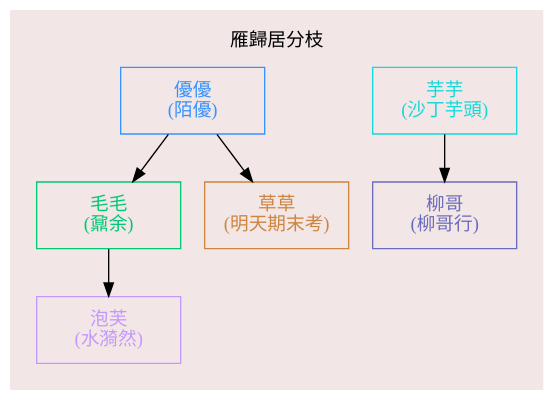
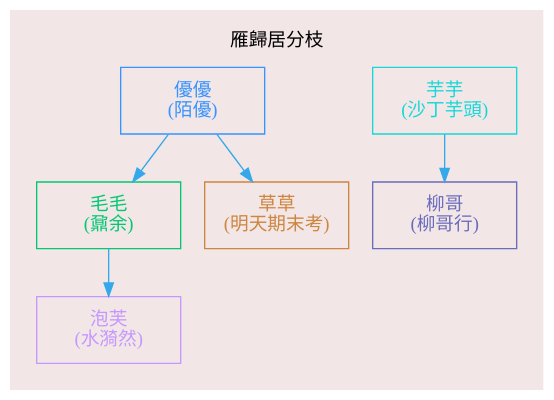
Before and after one commit to necro-wbj/-: the second of 4 diagrams in README.md, drawn with Graphviz. The commit also changed other lines of this file and 1 other file, not shown here.

````diff
--- a/README.md
+++ b/README.md
@@ -61,25 +64,26 @@
 ```dot
 digraph{
     labelloc="t";
     node[fontname="微軟正黑體",shape=box,fixedsize=true,height=0.7,width=1.5];
     bgcolor="#F2E6E6";
+    edge [color = "#34a8eb"];
     color="#F2E6E6";
        subgraph cluster{
         芋頭[label="芋芋\n(沙丁芋頭)",color="#16D8D8",fontcolor="#16D8D8"];
         柳哥[label="柳哥\n(柳哥行)",color="#6A6CBD",fontcolor="#6A6CBD"];
         芋頭->柳哥
    }
     subgraph cluster{
         label=雁歸居分枝
         bgcolor="#F2E6E6";
         color="#F2E6E6";
         優優[label="優優\n(陌優)",color="#3793FF",fontcolor="#3793FF"];
         優優[label="優優\n(陌優)",color="#3793FF",fontcolor="#3793FF"];
         毛毛[label="毛毛\n(鼐余)",color="#02C874",fontcolor="#02C874"];
         草草[label="草草\n(明天期末考)",color="#CD853F",fontcolor="#CD853F"];
         泡芙[label="泡芙\n(水漪然)",color="#C498FF",fontcolor="#C498FF"];
         優優->{毛毛 草草}
         毛毛->{泡芙}
     }
 }
 ```
````
